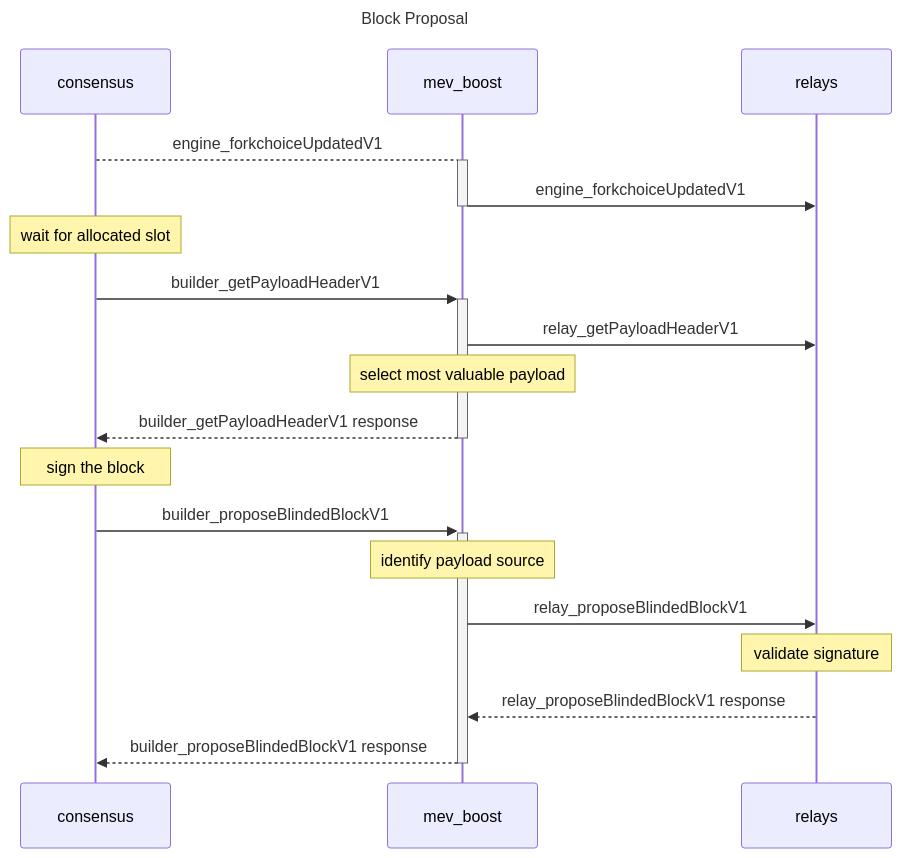
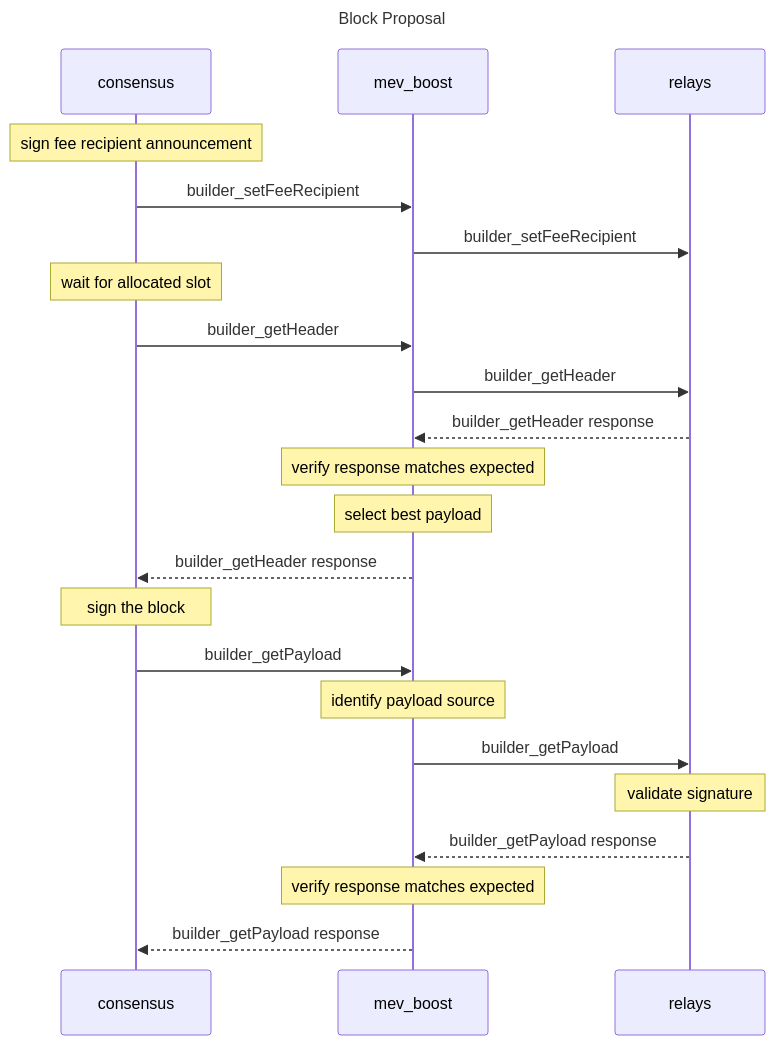
Before and after one commit to flashbots/mev-boost: the diagram in docs/specification.md, drawn with Mermaid. The commit also changed other lines of this file, not shown here.

````diff
--- a/docs/specification.md
+++ b/docs/specification.md
@@ -17,18 +5,25 @@
 ```mermaid
 sequenceDiagram
+    participant consensus
+    participant mev_boost
+    participant relays
     Title: Block Proposal
-    consensus-->+mev_boost: engine_forkchoiceUpdatedV1
-    mev_boost->>-relays: engine_forkchoiceUpdatedV1
+    Note over consensus: sign fee recipient announcement
+    consensus->>mev_boost: builder_setFeeRecipient
+    mev_boost->>relays: builder_setFeeRecipient
     Note over consensus: wait for allocated slot
-    consensus->>+mev_boost: builder_getPayloadHeaderV1
-    mev_boost->>relays: relay_getPayloadHeaderV1
-    Note over mev_boost: select most valuable payload
-    mev_boost-->>-consensus: builder_getPayloadHeaderV1 response
+    consensus->>mev_boost: builder_getHeader
+    mev_boost->>relays: builder_getHeader
+    relays-->>mev_boost: builder_getHeader response
+    Note over mev_boost: verify response matches expected
+    Note over mev_boost: select best payload
+    mev_boost-->>consensus: builder_getHeader response
     Note over consensus: sign the block
-    consensus->>+mev_boost: builder_proposeBlindedBlockV1
+    consensus->>mev_boost: builder_getPayload
     Note over mev_boost: identify payload source
-    mev_boost->>relays: relay_proposeBlindedBlockV1
+    mev_boost->>relays: builder_getPayload
     Note over relays: validate signature
-    relays-->>mev_boost: relay_proposeBlindedBlockV1 response
-    mev_boost-->>-consensus: builder_proposeBlindedBlockV1 response
+    relays-->>mev_boost: builder_getPayload response
+    Note over mev_boost: verify response matches expected
+    mev_boost-->>consensus: builder_getPayload response
 ```
````
